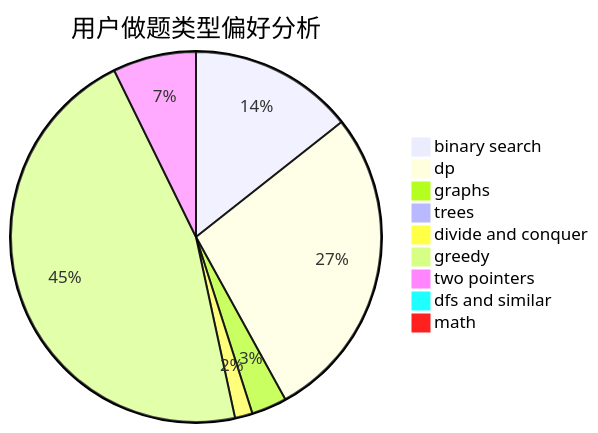
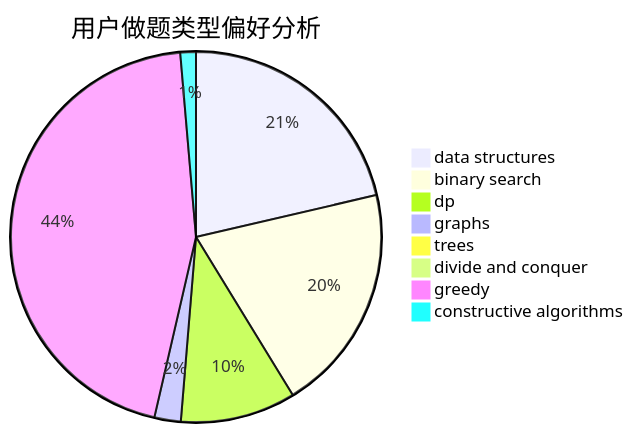
The second of 3 diagrams in docs/user/u1714.md (sherpahu/cfrs.github.io), drawn with Mermaid before and after one commit. The commit also changed other lines of this file and 2775 other files, not shown here.

````diff
--- a/docs/user/u1714.md
+++ b/docs/user/u1714.md
@@ -23,12 +23,11 @@
 ```mermaid
 pie title 用户做题类型偏好分析
-    "binary search" :  401
-    "dp" :  772
-    "graphs" :  86
-    "trees" :  20
-    "divide and conquer" :  43
-    "greedy" :  1288
-    "two pointers" :  203
-    "dfs and similar" :  19
-    "math" :  19
+    "data structures" :  204
+    "binary search" :  190
+    "dp" :  96
+    "graphs" :  22
+    "trees" :  7
+    "divide and conquer" :  6
+    "greedy" :  430
+    "constructive algorithms" :  13
 ```
````
